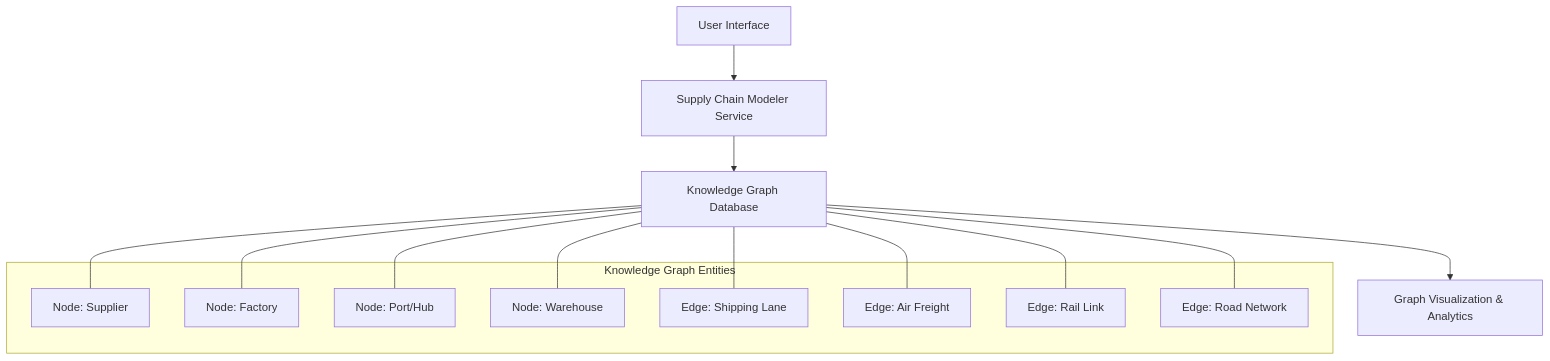
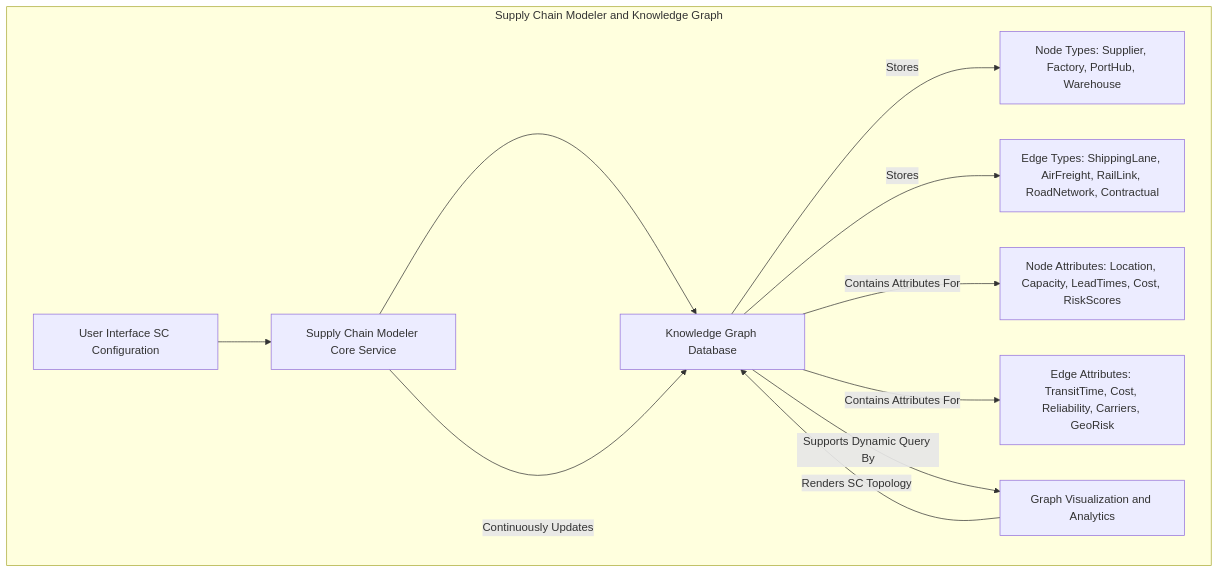
One commit to diplomat-bit/Citibank_Demo_Business_Inc_Demonstration- changed the second of 7 diagrams in inventions/024_predictive_supply_chain_disruption.md. Above: the diagram before and after it, drawn with Mermaid. The commit also changed other lines of this file, not shown here.

Commit message:
[AI] Edit: inventions/024_predictive_supply_chain_disruption.md

````diff
--- a/inventions/024_predictive_supply_chain_disruption.md
+++ b/inventions/024_predictive_supply_chain_disruption.md
@@ -78,24 +107,14 @@
 ```mermaid
 graph TD
-    A[User Interface] --> B[Supply Chain Modeler Service]
-    B --> C[Knowledge Graph Database]
-    C --> D[Graph Visualization & Analytics]
-    subgraph Knowledge Graph Entities
-        N1[Node: Supplier]
-        N2[Node: Factory]
-        N3[Node: Port/Hub]
-        N4[Node: Warehouse]
-        E1[Edge: Shipping Lane]
-        E2[Edge: Air Freight]
-        E3[Edge: Rail Link]
-        E4[Edge: Road Network]
+    subgraph Supply Chain Modeler and Knowledge Graph
+        UI_SC[User Interface SC Configuration] --> SCMS[Supply Chain Modeler Core Service]
+        SCMS --> KGD[Knowledge Graph Database]
+        KGD -- Stores --> NODE_TYPES[Node Types: Supplier, Factory, PortHub, Warehouse]
+        KGD -- Stores --> EDGE_TYPES[Edge Types: ShippingLane, AirFreight, RailLink, RoadNetwork, Contractual]
+        KGD -- Contains Attributes For --> NODE_ATTRS[Node Attributes: Location, Capacity, LeadTimes, Cost, RiskScores]
+        KGD -- Contains Attributes For --> EDGE_ATTRS[Edge Attributes: TransitTime, Cost, Reliability, Carriers, GeoRisk]
+        KGD -- Supports Dynamic Query By --> GVA[Graph Visualization and Analytics]
+        SCMS -- Continuously Updates --> KGD
+        GVA -- Renders SC Topology --> KGD
     end
-    C --- N1
-    C --- N2
-    C --- N3
-    C --- N4
-    C --- E1
-    C --- E2
-    C --- E3
-    C --- E4
 ```
````
